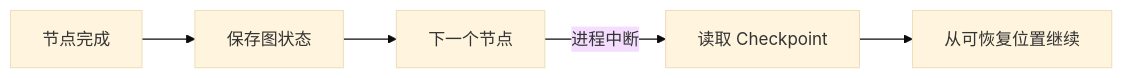
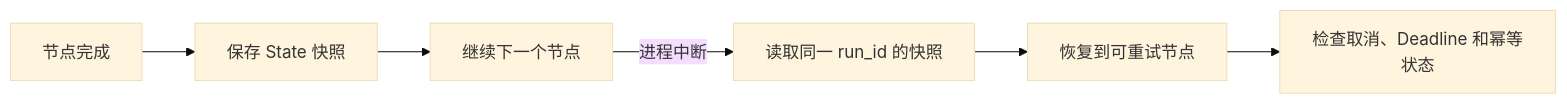
One commit to upJiang/jiang-blog-vitepress changed the second of 2 diagrams in docs/ai-agent/langgraph-state-runtime.md. Above: the diagram before and after it, drawn with Mermaid (base theme). The commit also changed other lines of this file and 129 other files, not shown here.

````diff
--- a/docs/ai-agent/langgraph-state-runtime.md
+++ b/docs/ai-agent/langgraph-state-runtime.md
@@ -129,7 +164,8 @@
 ```mermaid
 flowchart LR
-  A[节点完成] --> B[保存图状态]
-  B --> C[下一个节点]
-  C -->|进程中断| D[读取 Checkpoint]
-  D --> E[从可恢复位置继续]
+  A[节点完成] --> B[保存 State 快照]
+  B --> C[继续下一个节点]
+  C -->|进程中断| D[读取同一 run_id 的快照]
+  D --> E[恢复到可重试节点]
+  E --> F[检查取消、Deadline 和幂等状态]
 ```
````
